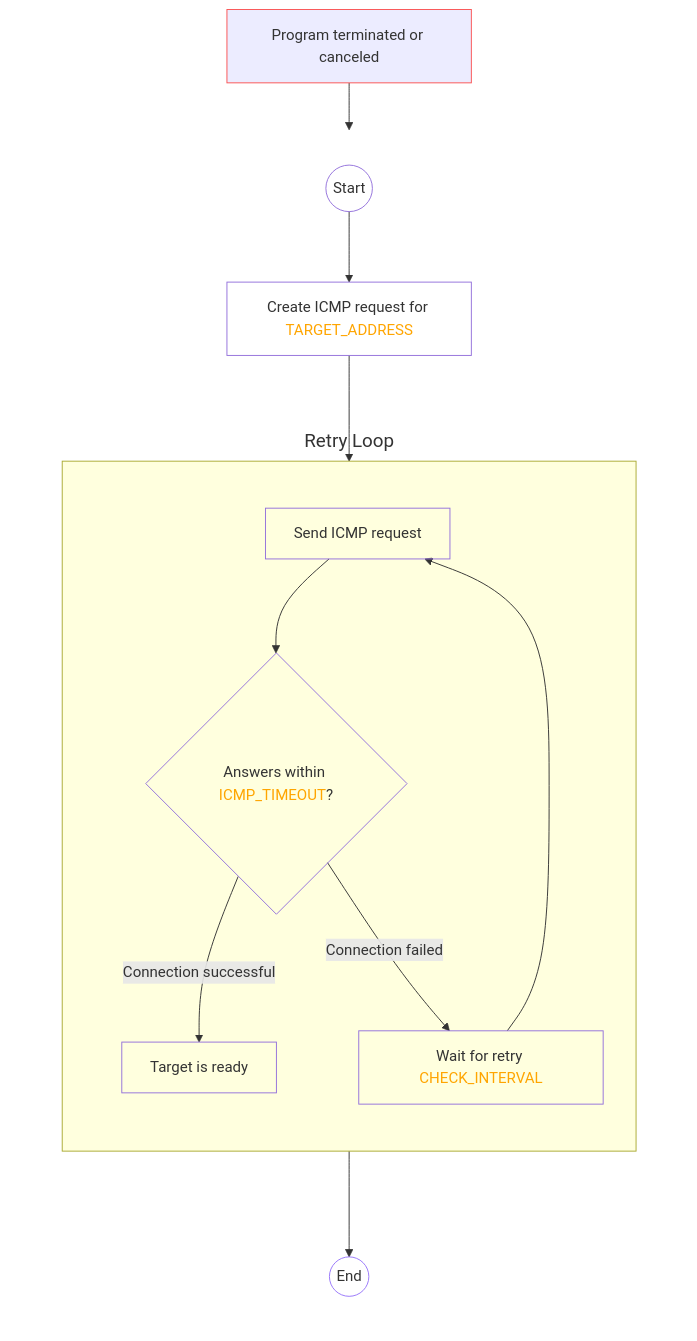
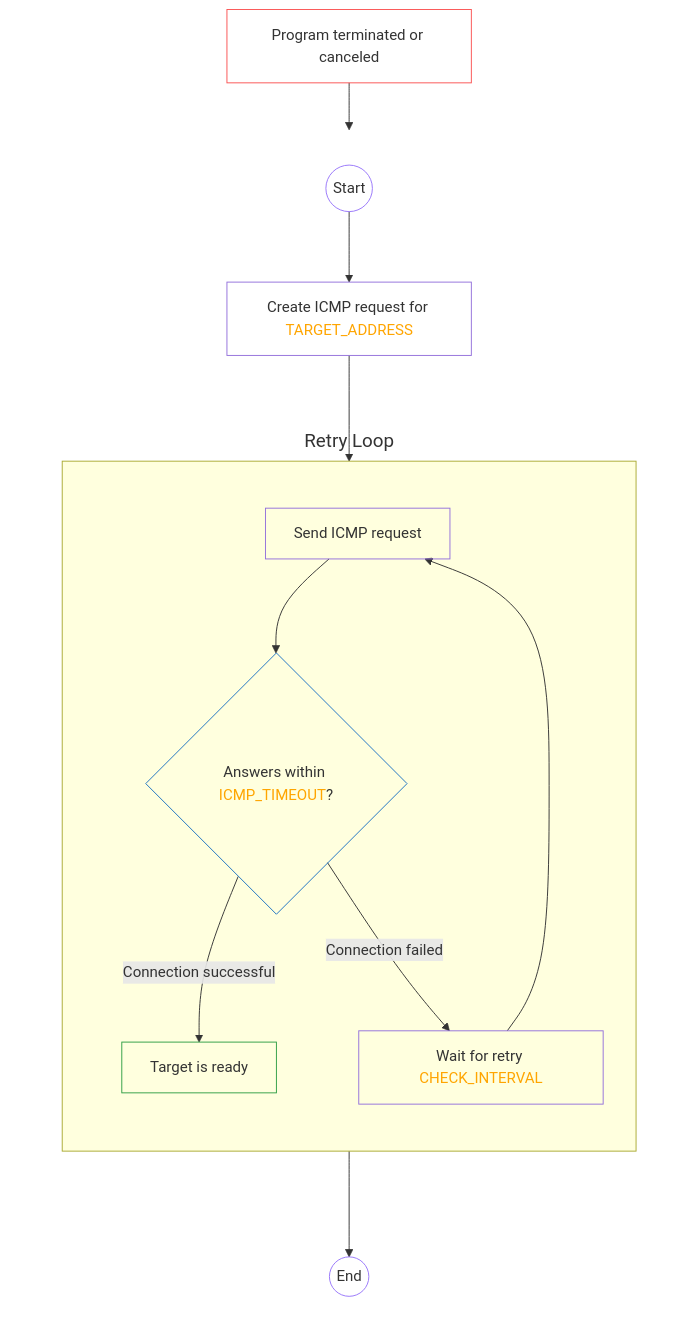
The third of 3 diagrams in README.md (containeroo/never), drawn with Mermaid before and after one commit. The commit also changed other lines of this file and 1 other file, not shown here.

````diff
--- a/README.md
+++ b/README.md
@@ -342,39 +434,42 @@
 ```mermaid
 flowchart TD;
     direction TB
     classDef noFill fill:none;
     classDef violet stroke:#9775fa;
     classDef green stroke:#2f9e44;
     classDef error stroke:#fa5252;
     classDef decision stroke:#1971c2;
     classDef transparent stroke:none,font-size:20px;
 
     subgraph MainFlow[ ]
         direction TB
         processStart((Start)) --> createRequest[Create ICMP request for <font color=orange>TARGET_ADDRESS</font>];
-        class start processStart;
+        class processStart violet;
 
         createRequest --> sendRequest[Send ICMP request];
 
         subgraph RetryLoop[Retry Loop]
             subgraph InnerLoop[ ]
                 direction TB
                 sendRequest --> checkTimeout{Answers within <font color=orange>ICMP_TIMEOUT</font>?};
+                class checkTimeout decision;
 
                 checkTimeout -->|Connection successful| targetReady[Target is ready];
                 checkTimeout -->|Connection failed| waitRetry[Wait for retry <font color=orange>CHECK_INTERVAL</font>];
+
+                class targetReady green;
+
                 waitRetry --> sendRequest;
-
             end
         end
 
-    targetReady --> processEnd((End));
-    class processEnd violet;
+        targetReady --> processEnd((End));
+        class processEnd violet;
     end
 
     programTerminated[Program terminated or canceled] --> processEnd;
     class programTerminated error;
 
-class processStart,createRequest,sendRequest,checkTimeout,targetReady,waitRetry,processEnd,MainFlow,RetryLoop noFill;
-class MainFlow,RetryLoop transparent;
+    class processStart,createRequest,sendRequest,checkTimeout,targetReady,waitRetry,programTerminated,processEnd,MainFlow,RetryLoop noFill;
+    class MainFlow,RetryLoop transparent;
 ```
````
